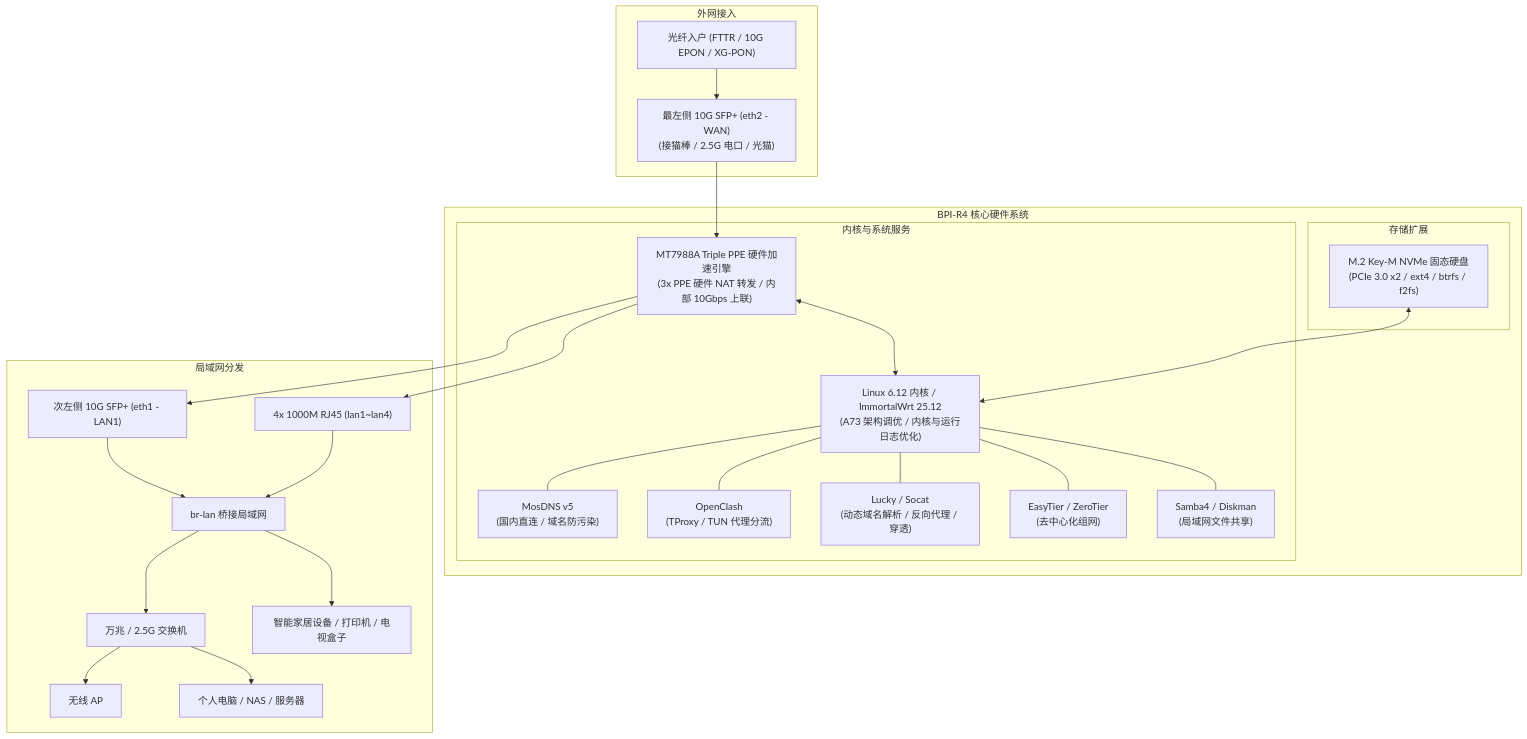
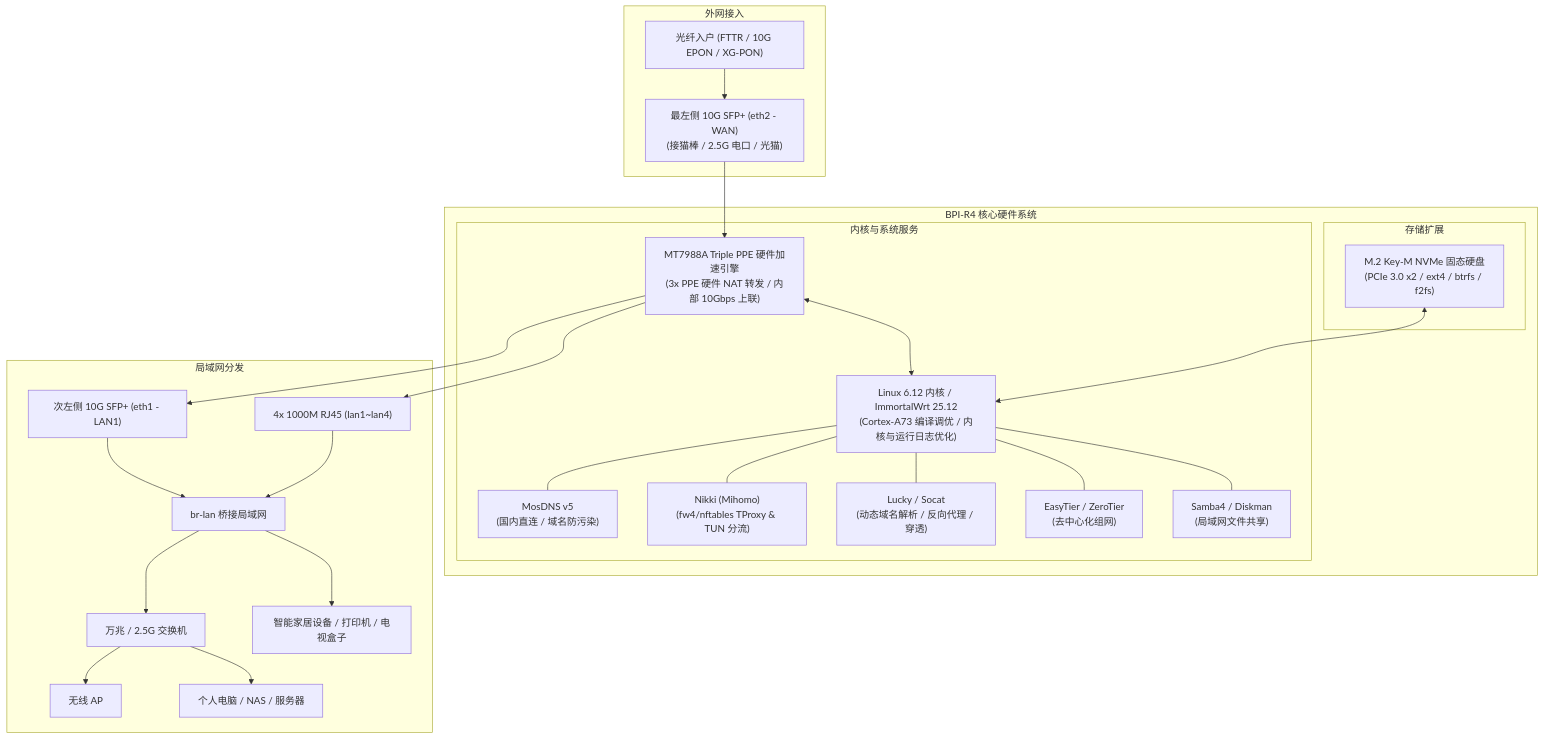
One commit to Apocalypse-Long/bpi-r4-builder changed the diagram in README.md. Above: the diagram before and after it, drawn with Mermaid. The commit also changed other lines of this file and 3 other files, not shown here.

Commit message:
feat: enable Cortex-A73 optimization, replace OpenClash with Nikki, and overhaul build config & workflow

````diff
--- a/README.md
+++ b/README.md
@@ -48,33 +48,33 @@
 ```mermaid
 flowchart TD
     subgraph 外网接入
         WAN_IN["光纤入户 (FTTR / 10G EPON / XG-PON)"] --> SFP1["最左侧 10G SFP+ (eth2 - WAN)\n(接猫棒 / 2.5G 电口 / 光猫)"]
     end
 
     subgraph BPI-R4 核心硬件系统
         SFP1 --> PPE["MT7988A Triple PPE 硬件加速引擎\n(3x PPE 硬件 NAT 转发 / 内部 10Gbps 上联)"]
         
         subgraph 内核与系统服务
-            PPE <--> KERNEL["Linux 6.12 内核 / ImmortalWrt 25.12\n(A73 架构调优 / 内核与运行日志优化)"]
+            PPE <--> KERNEL["Linux 6.12 内核 / ImmortalWrt 25.12\n(Cortex-A73 编译调优 / 内核与运行日志优化)"]
             KERNEL --- MOSDNS["MosDNS v5\n(国内直连 / 域名防污染)"]
-            KERNEL --- CLASH["OpenClash\n(TProxy / TUN 代理分流)"]
+            KERNEL --- NIKKI["Nikki (Mihomo)\n(fw4/nftables TProxy & TUN 分流)"]
             KERNEL --- LUCKY["Lucky / Socat\n(动态域名解析 / 反向代理 / 穿透)"]
             KERNEL --- EASYTIER["EasyTier / ZeroTier\n(去中心化组网)"]
             KERNEL --- SAMBA["Samba4 / Diskman\n(局域网文件共享)"]
         end
 
         subgraph 存储扩展
             NVME["M.2 Key-M NVMe 固态硬盘\n(PCIe 3.0 x2 / ext4 / btrfs / f2fs)"] <--> KERNEL
         end
     end
 
     subgraph 局域网分发
         PPE --> SFP2["次左侧 10G SFP+ (eth1 - LAN1)"]
         PPE --> RJ45["4x 1000M RJ45 (lan1~lan4)"]
         SFP2 & RJ45 --> BRLAN["br-lan 桥接局域网"]
         BRLAN --> SWITCH["万兆 / 2.5G 交换机"]
         SWITCH --> AP["无线 AP"]
         SWITCH --> PC["个人电脑 / NAS / 服务器"]
         BRLAN --> IOT["智能家居设备 / 打印机 / 电视盒子"]
     end
 ```
````
